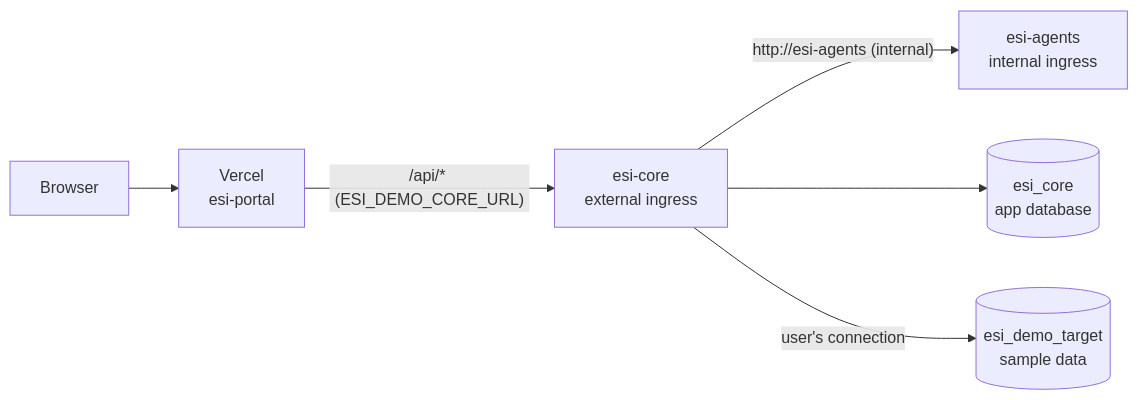
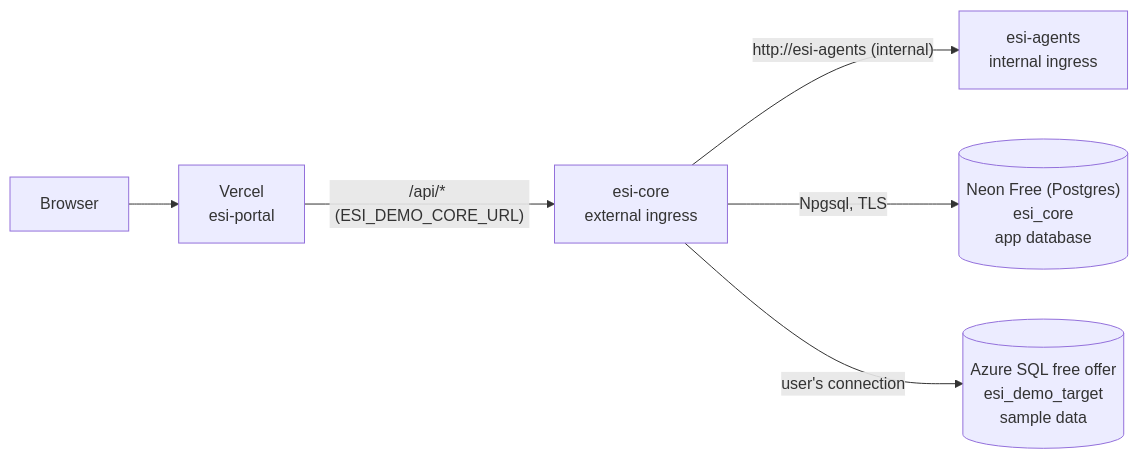
One commit to dtnam0899/edge-side-includes changed the diagram in infra/azure/README.md. Above: the diagram before and after it, drawn with Mermaid. The commit also changed other lines of this file, not shown here.

First line of the commit message:
docs(esi): host the app database on Neon in the Azure guide

````diff
--- a/infra/azure/README.md
+++ b/infra/azure/README.md
@@ -15,8 +15,8 @@
 ```mermaid
 flowchart LR
   B[Browser] --> V["Vercel<br/>esi-portal"]
   V -- "/api/* (ESI_DEMO_CORE_URL)" --> C["esi-core<br/>external ingress"]
   C -- "http://esi-agents (internal)" --> A["esi-agents<br/>internal ingress"]
-  C --> D1[("esi_core<br/>app database")]
-  C -- "user's connection" --> D2[("esi_demo_target<br/>sample data")]
+  C -- "Npgsql, TLS" --> D1[("Neon Free (Postgres)<br/>esi_core<br/>app database")]
+  C -- "user's connection" --> D2[("Azure SQL free offer<br/>esi_demo_target<br/>sample data")]
 ```
````
